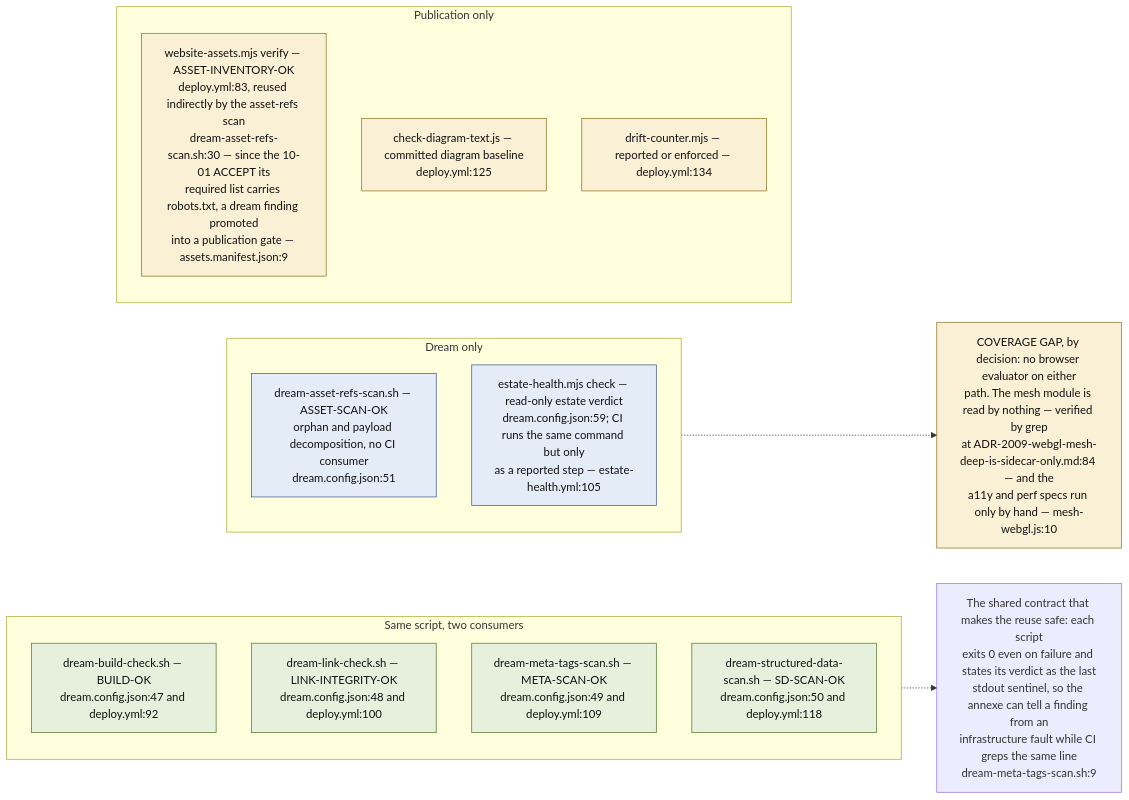
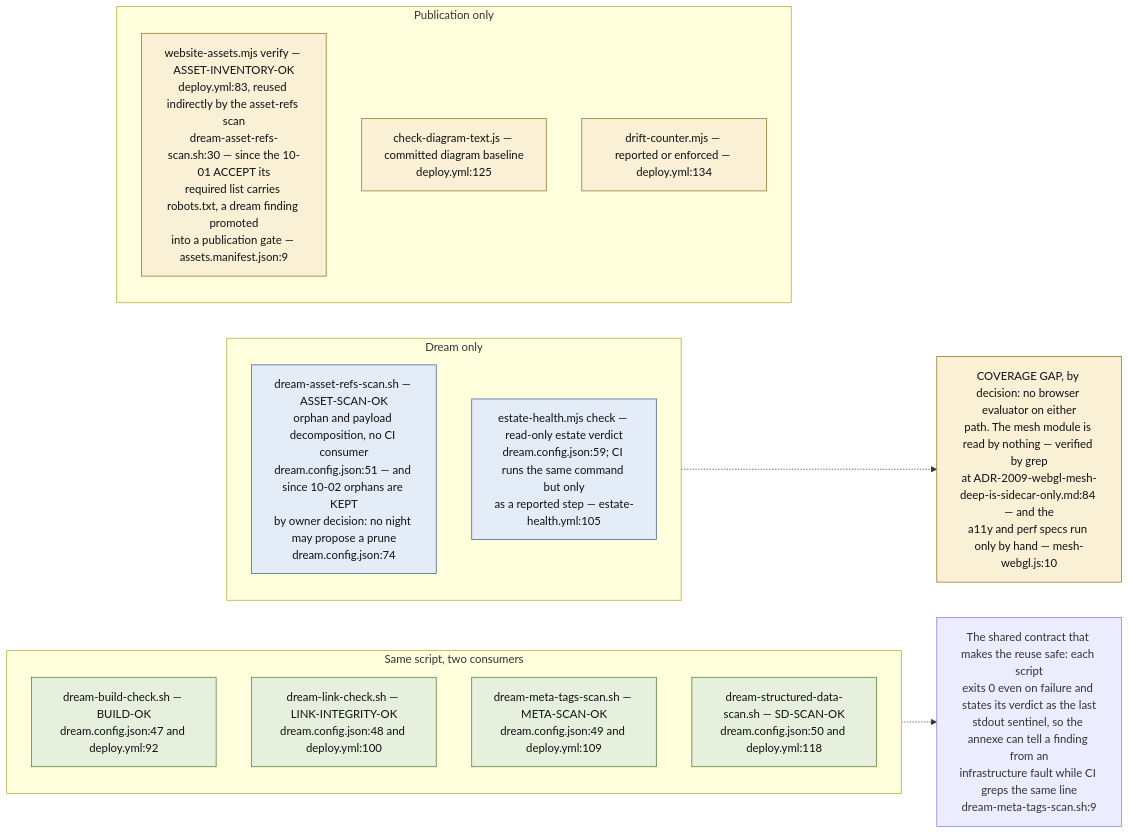
One commit to DreamLab-AI/VisionFlow changed the ninth of 9 diagrams in docs/diagrams/visionflow/04-dream-cycle-integration.md. Above: the diagram before and after it, drawn with Mermaid. The commit also changed other lines of this file and 21 other files, not shown here.

Commit message:
docs(diagrams): refresh first verified estate batch

````diff
--- a/docs/diagrams/visionflow/04-dream-cycle-integration.md
+++ b/docs/diagrams/visionflow/04-dream-cycle-integration.md
@@ -286,30 +288,30 @@
 ```mermaid
 flowchart LR
     classDef sh fill:#e6f0dc,stroke:#4a7a2a,color:#111
     classDef only fill:#e4ecf8,stroke:#3a5a8a,color:#111
     classDef gap fill:#f9f0d5,stroke:#8a7020,color:#111
 
     subgraph SHARED["Same script, two consumers"]
         S1["dream-build-check.sh — BUILD-OK<br/>dream.config.json:47 and deploy.yml:92"]:::sh
         S2["dream-link-check.sh — LINK-INTEGRITY-OK<br/>dream.config.json:48 and deploy.yml:100"]:::sh
         S3["dream-meta-tags-scan.sh — META-SCAN-OK<br/>dream.config.json:49 and deploy.yml:109"]:::sh
         S4["dream-structured-data-scan.sh — SD-SCAN-OK<br/>dream.config.json:50 and deploy.yml:118"]:::sh
     end
 
     subgraph DREAMONLY["Dream only"]
-        D1["dream-asset-refs-scan.sh — ASSET-SCAN-OK<br/>orphan and payload decomposition, no CI consumer<br/>dream.config.json:51"]:::only
+        D1["dream-asset-refs-scan.sh — ASSET-SCAN-OK<br/>orphan and payload decomposition, no CI consumer<br/>dream.config.json:51 — and since 10-02 orphans are KEPT<br/>by owner decision: no night may propose a prune<br/>dream.config.json:74"]:::only
         D2["estate-health.mjs check — read-only estate verdict<br/>dream.config.json:59; CI runs the same command but only<br/>as a reported step — estate-health.yml:105"]:::only
     end
 
     subgraph CIONLY["Publication only"]
         C1["website-assets.mjs verify — ASSET-INVENTORY-OK<br/>deploy.yml:83, reused indirectly by the asset-refs scan<br/>dream-asset-refs-scan.sh:30 — since the 10-01 ACCEPT its<br/>required list carries robots.txt, a dream finding promoted<br/>into a publication gate — assets.manifest.json:9"]:::gap
         C2["check-diagram-text.js — committed diagram baseline<br/>deploy.yml:125"]:::gap
         C3["drift-counter.mjs — reported or enforced — deploy.yml:134"]:::gap
     end
 
     SENT["The shared contract that makes the reuse safe: each script<br/>exits 0 even on failure and states its verdict as the last<br/>stdout sentinel, so the annexe can tell a finding from an<br/>infrastructure fault while CI greps the same line<br/>dream-meta-tags-scan.sh:9"]
     SHARED -.-> SENT
 
     NOBROWSER["COVERAGE GAP, by decision: no browser evaluator on either<br/>path. The mesh module is read by nothing — verified by grep<br/>at ADR-2009-webgl-mesh-deep-is-sidecar-only.md:84 — and the<br/>a11y and perf specs run only by hand — mesh-webgl.js:10"]:::gap
     DREAMONLY -.-> NOBROWSER
 ```
````
